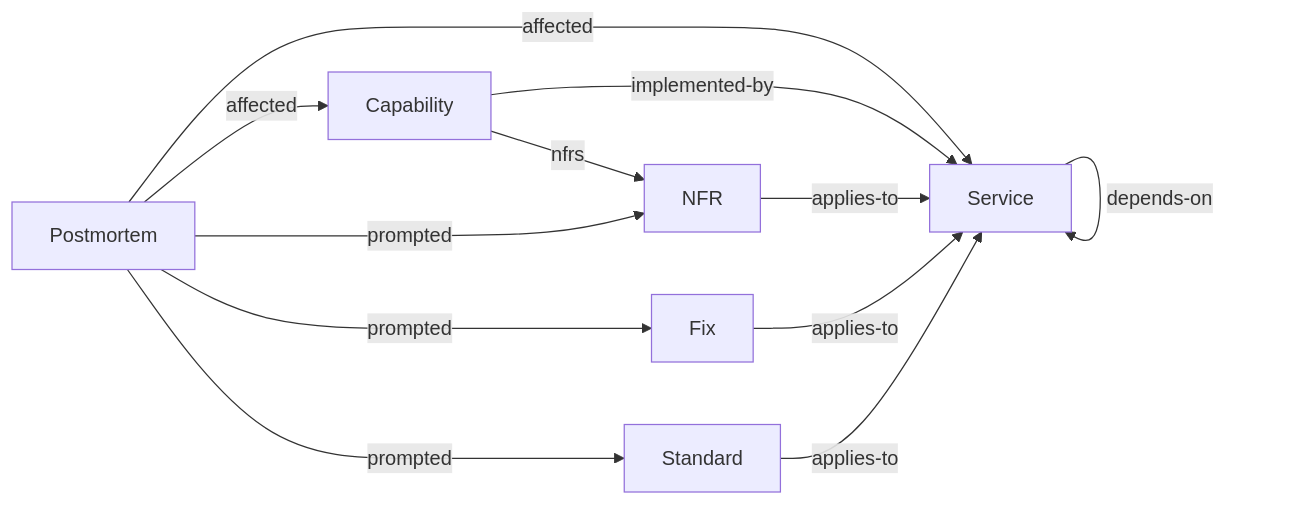
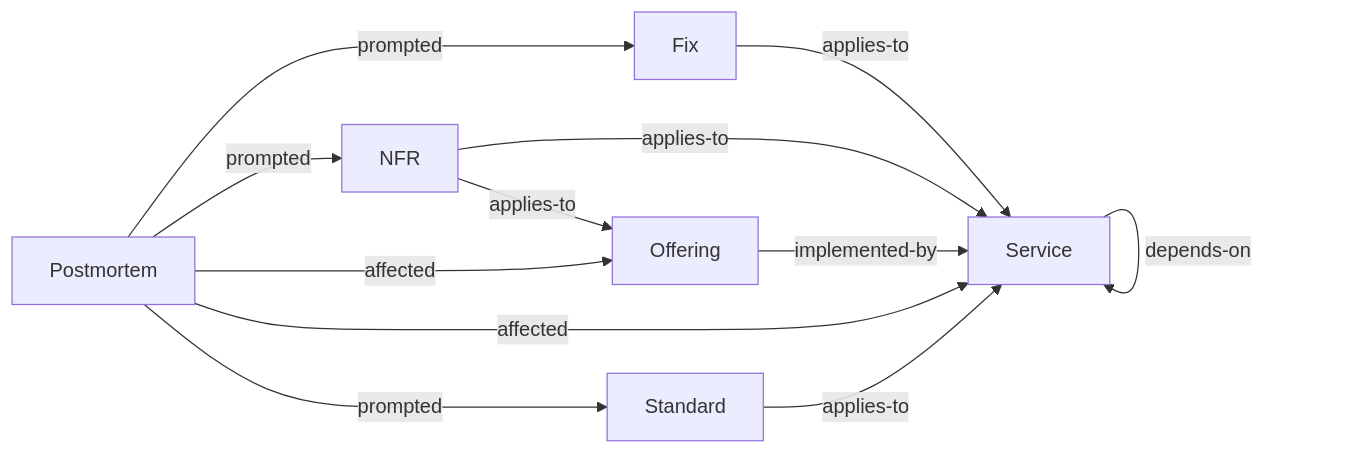
Before and after one commit to paul80nd/knowledge-as-code: the diagram in examples/payments/knowledge-as-code/taxonomy.md, drawn with Mermaid. The commit also changed other lines of this file and 103 other files, not shown here.

First line of the commit message:
Measure `capabilities` against current practice, and rename the type to `offering` (#673)

````diff
--- a/examples/payments/knowledge-as-code/taxonomy.md
+++ b/examples/payments/knowledge-as-code/taxonomy.md
@@ -82,20 +82,20 @@
 ```mermaid
 graph LR;
-  t_capabilities[Capability];
   t_fixes[Fix];
   t_nfrs[NFR];
+  t_offerings[Offering];
   t_postmortems[Postmortem];
   t_services[Service];
   t_standards[Standard];
-  t_capabilities -- implemented-by --> t_services;
-  t_capabilities -- nfrs --> t_nfrs;
   t_fixes -- applies-to --> t_services;
   t_nfrs -- applies-to --> t_services;
+  t_nfrs -- applies-to --> t_offerings;
+  t_offerings -- implemented-by --> t_services;
   t_postmortems -- affected --> t_services;
-  t_postmortems -- affected --> t_capabilities;
+  t_postmortems -- affected --> t_offerings;
   t_postmortems -- prompted --> t_nfrs;
   t_postmortems -- prompted --> t_fixes;
   t_postmortems -- prompted --> t_standards;
   t_services -- depends-on --> t_services;
   t_standards -- applies-to --> t_services;
 ```
````
